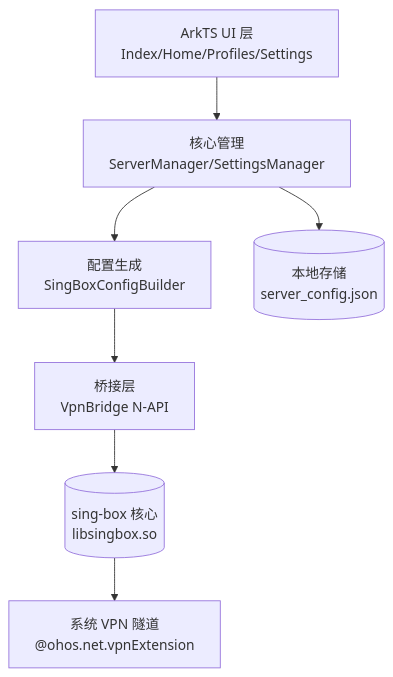
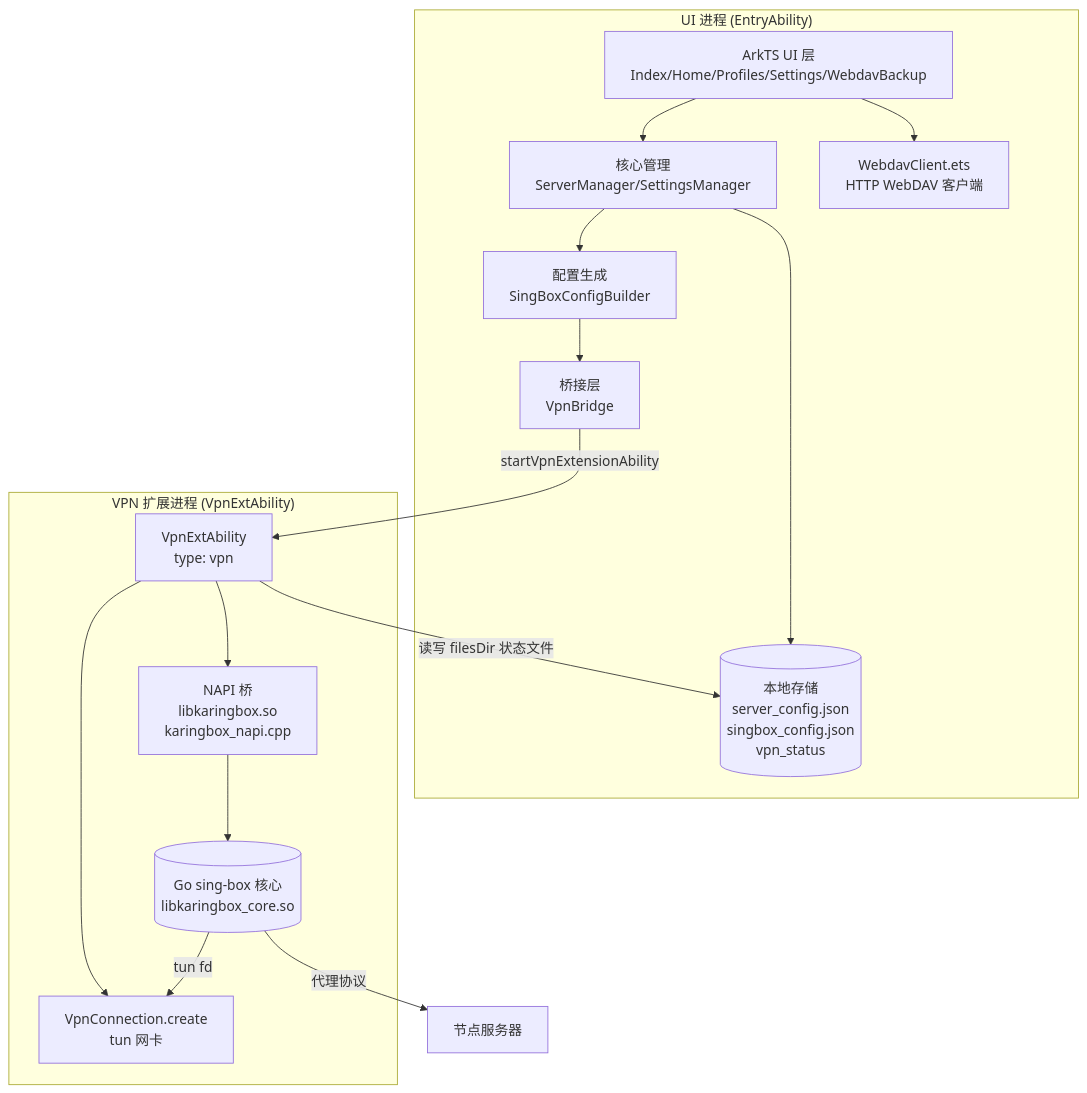
Before and after one commit to luckylew23/karing-HM: the second of 2 diagrams in projectdesign.md, drawn with Mermaid. The commit also changed other lines of this file and 2 other files, not shown here.

Commit message:
docs: 全面更新 projectdesign v0.3.3（核心架构/WebDAV/真机验证）

````diff
--- a/projectdesign.md
+++ b/projectdesign.md
@@ -58,9 +70,19 @@
 ```mermaid
 graph TD
-    A[ArkTS UI 层<br/>Index/Home/Profiles/Settings] --> B[核心管理<br/>ServerManager/SettingsManager]
-    B --> C[配置生成<br/>SingBoxConfigBuilder]
-    C --> D[桥接层<br/>VpnBridge N-API]
-    D --> E[(sing-box 核心<br/>libsingbox.so)]
-    B --> F[(本地存储<br/>server_config.json)]
-    E --> G[系统 VPN 隧道<br/>@ohos.net.vpnExtension]
+    subgraph "UI 进程 (EntryAbility)"
+        A[ArkTS UI 层<br/>Index/Home/Profiles/Settings/WebdavBackup] --> B[核心管理<br/>ServerManager/SettingsManager]
+        B --> C[配置生成<br/>SingBoxConfigBuilder]
+        C --> D[桥接层<br/>VpnBridge]
+        B --> F[(本地存储<br/>server_config.json<br/>singbox_config.json<br/>vpn_status)]
+        A --> W[WebdavClient.ets<br/>HTTP WebDAV 客户端]
+    end
+    subgraph "VPN 扩展进程 (VpnExtAbility)"
+        E[VpnExtAbility<br/>type: vpn] --> G[VpnConnection.create<br/>tun 网卡]
+        E --> H[NAPI 桥<br/>libkaringbox.so<br/>karingbox_napi.cpp]
+        H --> I[(Go sing-box 核心<br/>libkaringbox_core.so)]
+    end
+    D -->|startVpnExtensionAbility| E
+    E -->|读写 filesDir 状态文件| F
+    I -->|tun fd| G
+    I -->|代理协议| N[节点服务器]
 ```
````
